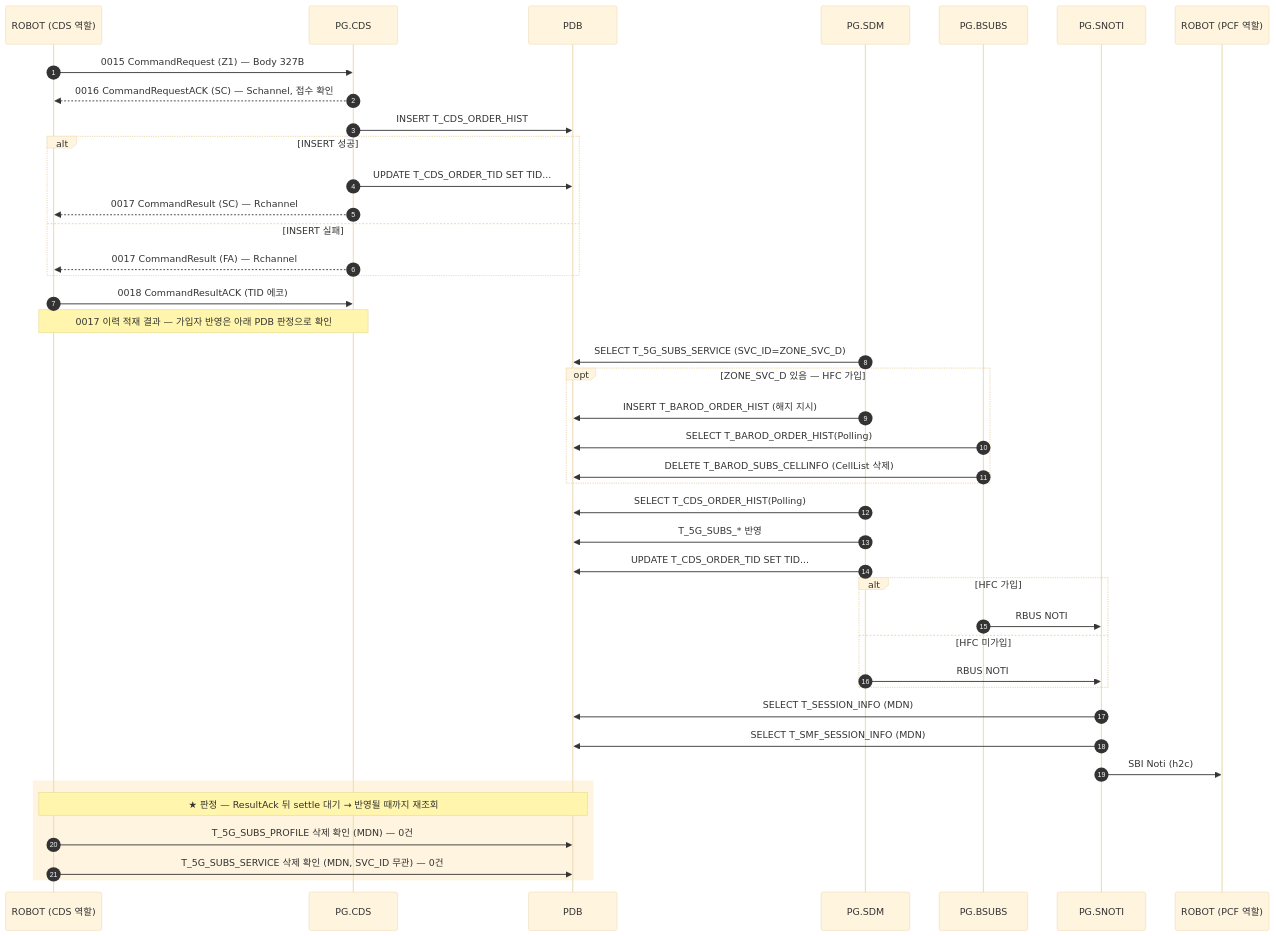
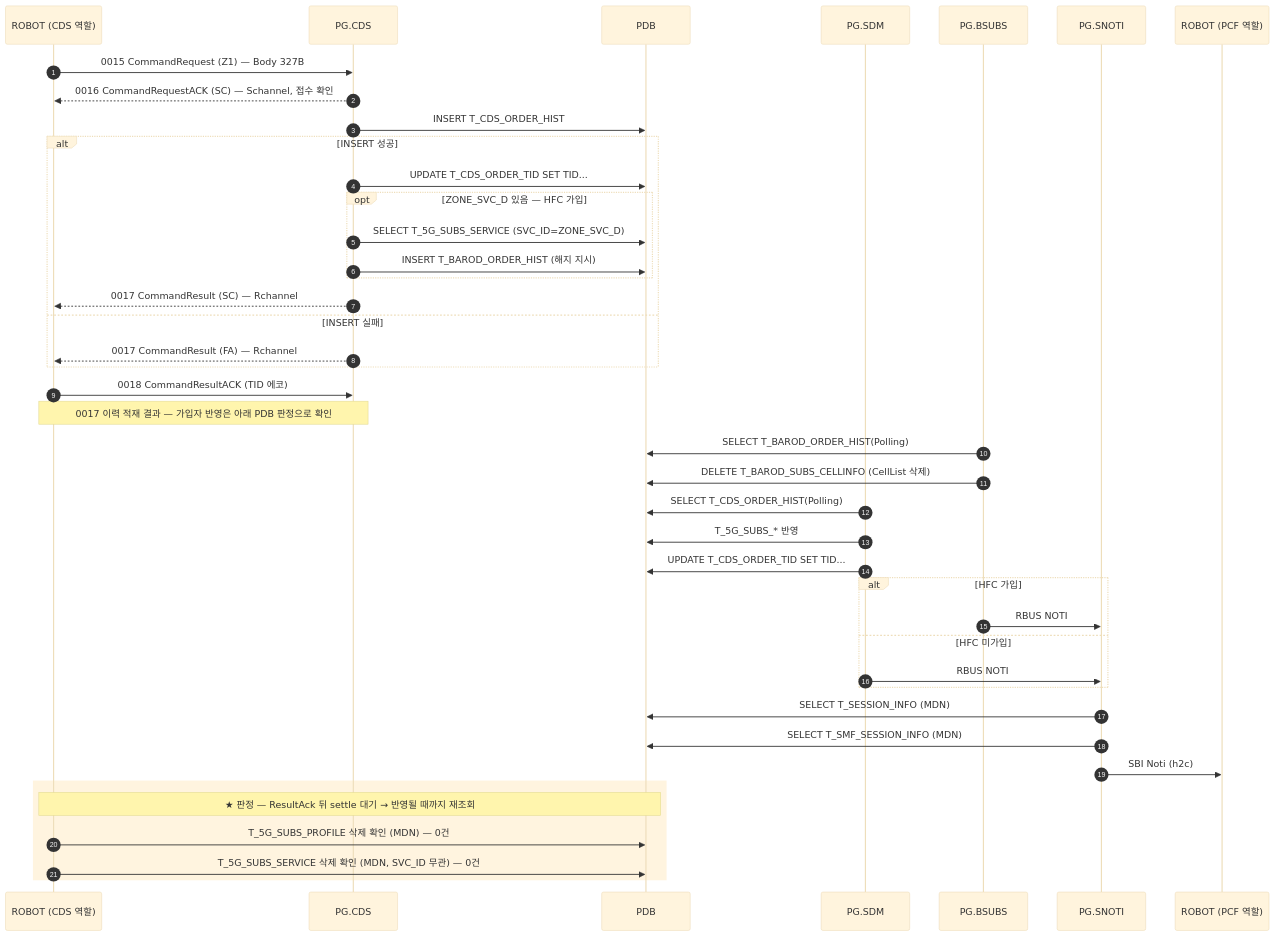
One commit to IanKim2030/tc4robot changed the diagram in docs/callflow/CDS_Z1.md. Above: the diagram before and after it, drawn with Mermaid (base theme). The commit also changed 6 other files, not shown here.

````diff
--- a/docs/callflow/CDS_Z1.md
+++ b/docs/callflow/CDS_Z1.md
@@ -17,47 +17,46 @@
 ```mermaid
 sequenceDiagram
     autonumber
     participant TOOL as ROBOT (CDS 역할)
     participant PCDS as PG.CDS
     participant PDB as PDB
     participant SDM as PG.SDM
     participant BSUBS as PG.BSUBS
     participant SNOTI as PG.SNOTI
     participant PCF as ROBOT (PCF 역할)
 
     TOOL->>PCDS: 0015 CommandRequest (Z1) — Body 327B
     PCDS-->>TOOL: 0016 CommandRequestACK (SC) — Schannel, 접수 확인
     PCDS->>PDB: INSERT T_CDS_ORDER_HIST
     alt INSERT 성공
         PCDS->>PDB: UPDATE T_CDS_ORDER_TID SET TID...
+        opt ZONE_SVC_D 있음 — HFC 가입
+            PCDS->>PDB: SELECT T_5G_SUBS_SERVICE (SVC_ID=ZONE_SVC_D)
+            PCDS->>PDB: INSERT T_BAROD_ORDER_HIST (해지 지시)
+        end
         PCDS-->>TOOL: 0017 CommandResult (SC) — Rchannel
     else INSERT 실패
         PCDS-->>TOOL: 0017 CommandResult (FA) — Rchannel
     end
     TOOL->>PCDS: 0018 CommandResultACK (TID 에코)
     Note over TOOL,PCDS: 0017 이력 적재 결과 — 가입자 반영은 아래 PDB 판정으로 확인
 
-    SDM->>PDB: SELECT T_5G_SUBS_SERVICE (SVC_ID=ZONE_SVC_D)
-    opt ZONE_SVC_D 있음 — HFC 가입
-        SDM->>PDB: INSERT T_BAROD_ORDER_HIST (해지 지시)
-        BSUBS->>PDB: SELECT T_BAROD_ORDER_HIST(Polling)
-        BSUBS->>PDB: DELETE T_BAROD_SUBS_CELLINFO (CellList 삭제)
-    end
-
+    BSUBS->>PDB: SELECT T_BAROD_ORDER_HIST(Polling)
+    BSUBS->>PDB: DELETE T_BAROD_SUBS_CELLINFO (CellList 삭제)
     SDM->>PDB: SELECT T_CDS_ORDER_HIST(Polling)
     SDM->>PDB: T_5G_SUBS_* 반영
     SDM->>PDB: UPDATE T_CDS_ORDER_TID SET TID...
     alt HFC 가입
         BSUBS->>SNOTI: RBUS NOTI
     else HFC 미가입
         SDM->>SNOTI: RBUS NOTI
     end
     SNOTI->>PDB: SELECT T_SESSION_INFO (MDN)
     SNOTI->>PDB: SELECT T_SMF_SESSION_INFO (MDN)
     SNOTI->>PCF: SBI Noti (h2c)
     rect rgba(255, 176, 32, 0.14)
     Note over TOOL,PDB: ★ 판정 — ResultAck 뒤 settle 대기 → 반영될 때까지 재조회
         TOOL->>PDB: T_5G_SUBS_PROFILE 삭제 확인 (MDN) — 0건
         TOOL->>PDB: T_5G_SUBS_SERVICE 삭제 확인 (MDN, SVC_ID 무관) — 0건
     end
 ```
````
